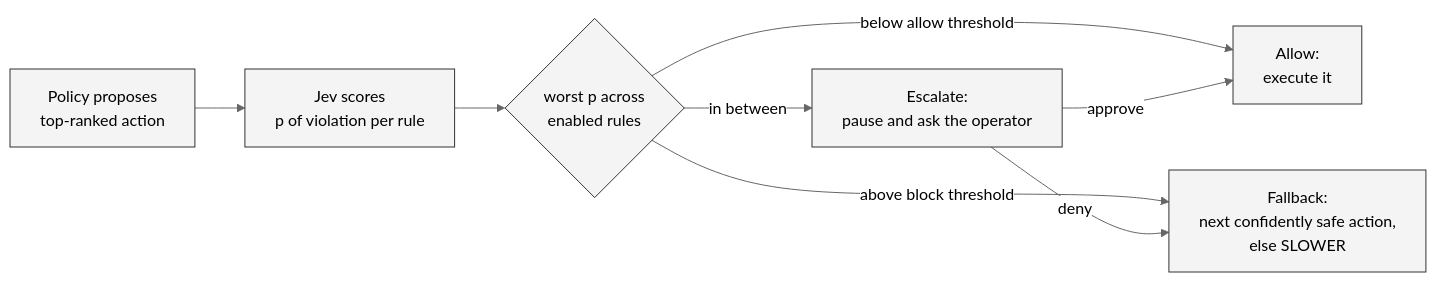
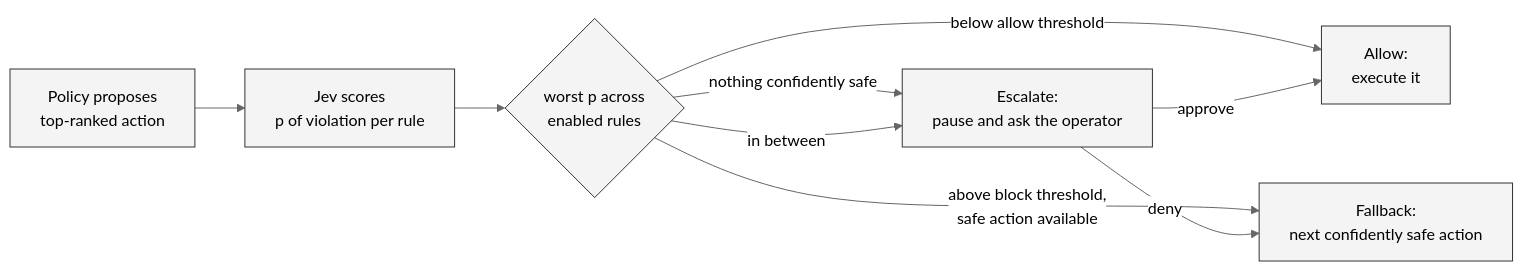
Before and after one commit to sequenzia/Interlock: the diagram in docs/user-guide/concepts.md, drawn with Mermaid (neutral theme). The commit also changed other lines of this file and 48 other files, not shown here.

````diff
--- a/docs/user-guide/concepts.md
+++ b/docs/user-guide/concepts.md
@@ -11,11 +11,12 @@
 ```mermaid
 flowchart LR
   POL[Policy proposes<br/>top-ranked action] --> J[Jev scores<br/>p of violation per rule]
   J --> D{worst p across<br/>enabled rules}
   D -->|below allow threshold| A[Allow:<br/>execute it]
-  D -->|above block threshold| F[Fallback:<br/>next confidently safe action,<br/>else SLOWER]
+  D -->|above block threshold,<br/>safe action available| F[Fallback:<br/>next confidently safe action]
+  D -->|nothing confidently safe| E
   D -->|in between| E[Escalate:<br/>pause and ask the operator]
   E -->|approve| A
   E -->|deny| F
   classDef default fill:#f4f4f4,stroke:#333,color:#000;
 ```
````
